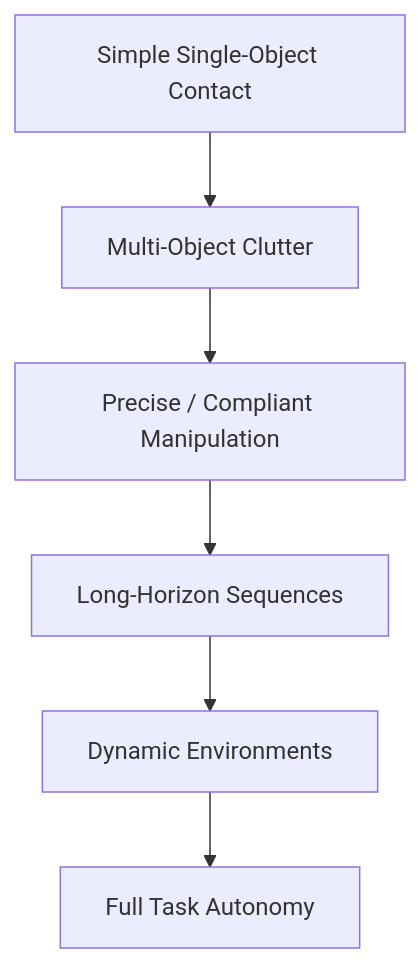
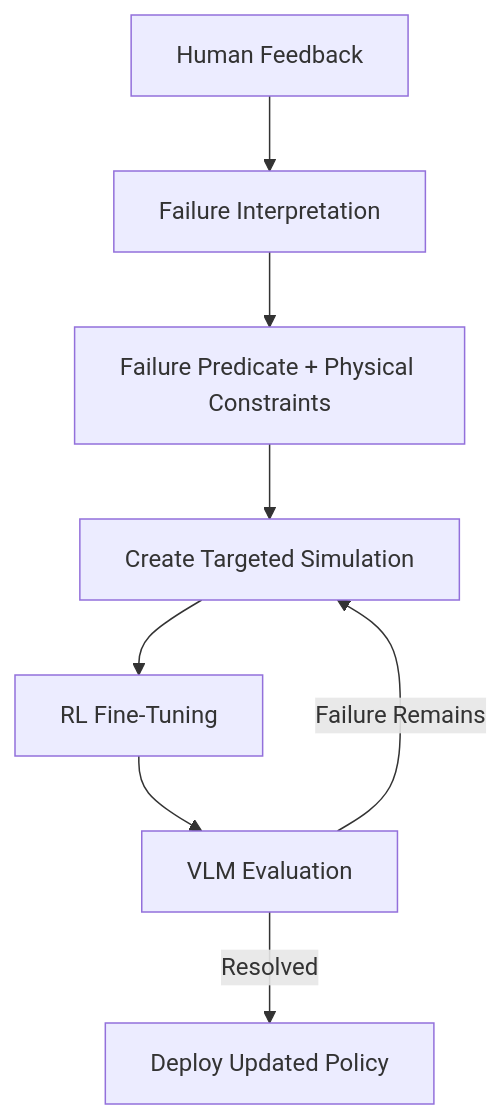
Before and after one commit to Freelunch-AI/freelunch-ide: diagram 11 of 15 in docs/specs/post-demo/lunch_robotics.md, drawn with Mermaid. The commit also changed other lines of this file, not shown here.

````diff
--- a/docs/specs/post-demo/lunch_robotics.md
+++ b/docs/specs/post-demo/lunch_robotics.md
@@ -434,8 +788,13 @@
 ```mermaid
 flowchart TD
-    A["Simple Single-Object Contact"] --> B["Multi-Object Clutter"]
-    B --> C["Precise / Compliant Manipulation"]
-    C --> D["Long-Horizon Sequences"]
-    D --> E["Dynamic Environments"]
-    E --> F["Full Task Autonomy"]
+    A["Human Feedback"] --> B["Failure Interpretation"]
+    B --> C["Failure Predicate + Physical Constraints"]
+
+    C --> D["Create Targeted Simulation"]
+
+    D --> E["RL Fine-Tuning"]
+    E --> F["VLM Evaluation"]
+
+    F -->|"Failure Remains"| D
+    F -->|"Resolved"| G["Deploy Updated Policy"]
 ```
````
